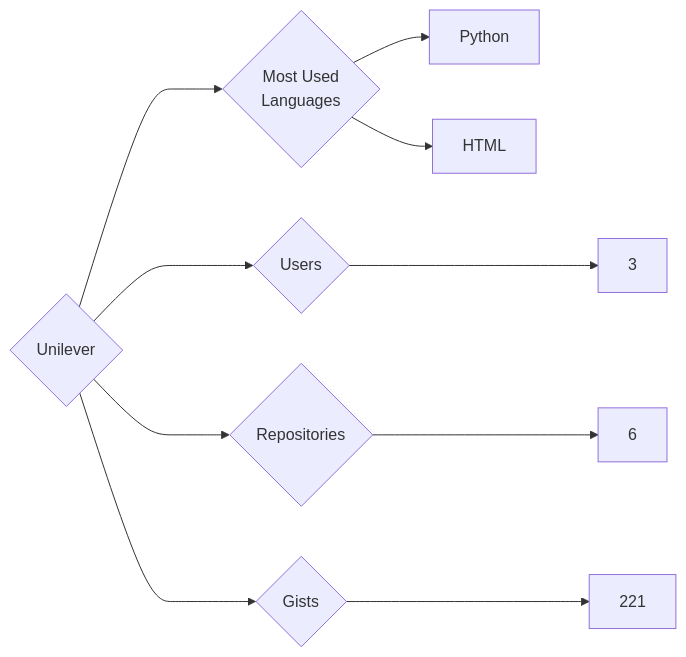
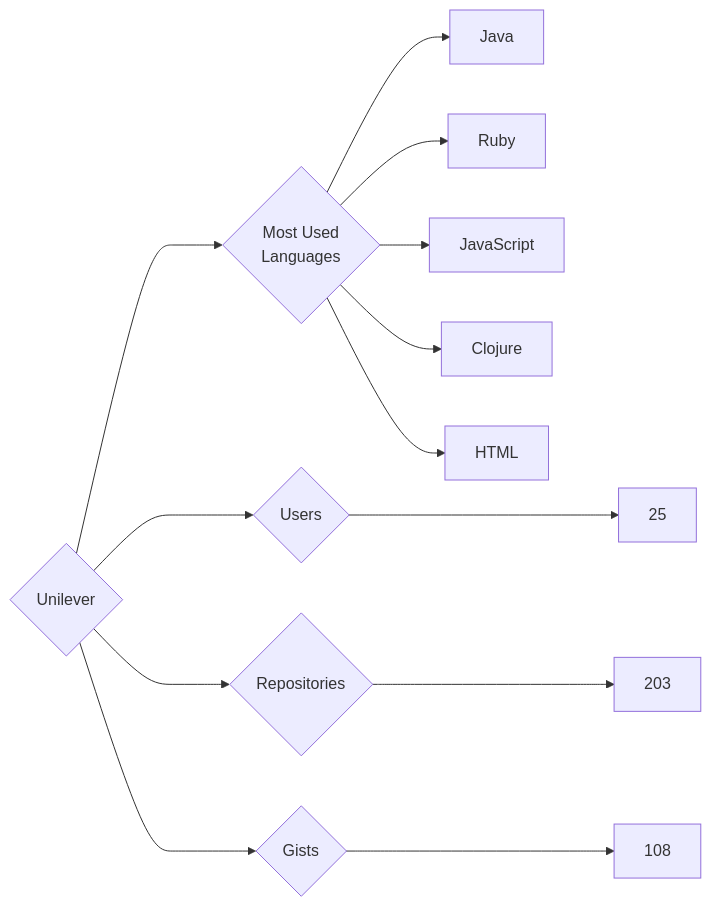
The diagram in targets/Unilever/README.md (trickest/insiders), drawn with Mermaid before and after one commit. The commit also changed 898 other files, not shown here.

````diff
--- a/targets/Unilever/README.md
+++ b/targets/Unilever/README.md
@@ -3,10 +3,13 @@
 ```mermaid
 graph LR
 COMPANY_NAME{Unilever}
-COMPANY_NAME ---> U{Users} ---> UN[3]
-COMPANY_NAME ---> R{Repositories} ---> RN[6]
-COMPANY_NAME ---> G{Gists} ---> GN[221]
+COMPANY_NAME ---> U{Users} ---> UN[25]
+COMPANY_NAME ---> R{Repositories} ---> RN[203]
+COMPANY_NAME ---> G{Gists} ---> GN[108]
 COMPANY_NAME ---> ML{Most Used<br>Languages}
-ML --> Python[Python]
+ML --> Java[Java]
+ML --> Ruby[Ruby]
+ML --> JavaScript[JavaScript]
+ML --> Clojure[Clojure]
 ML --> HTML[HTML]
 ```
````
